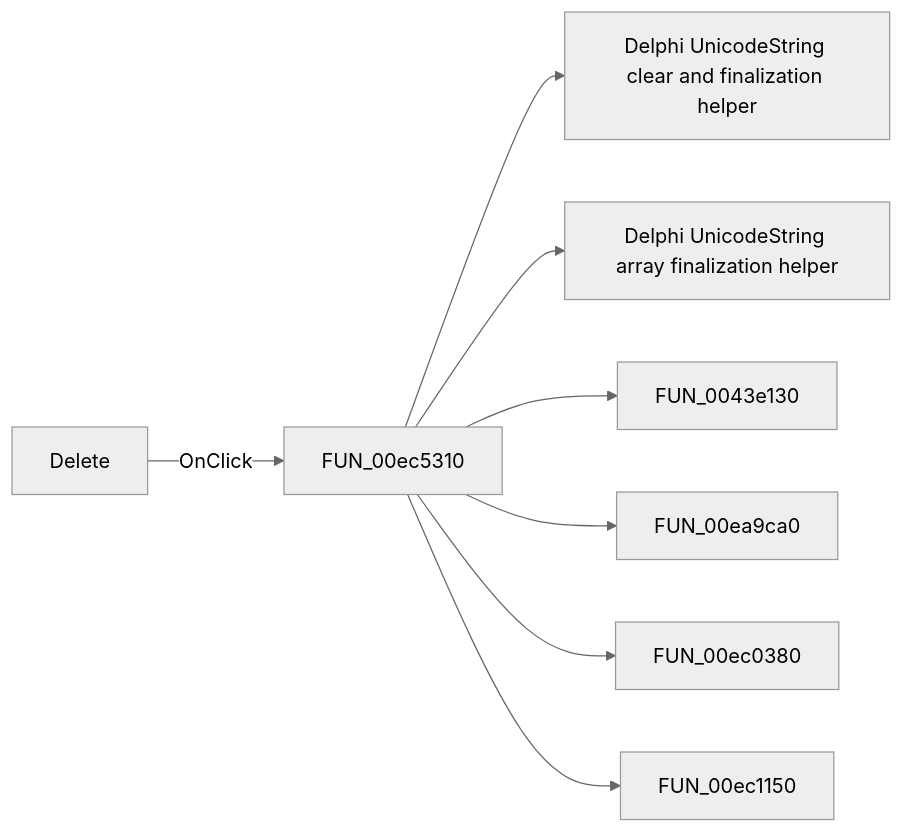
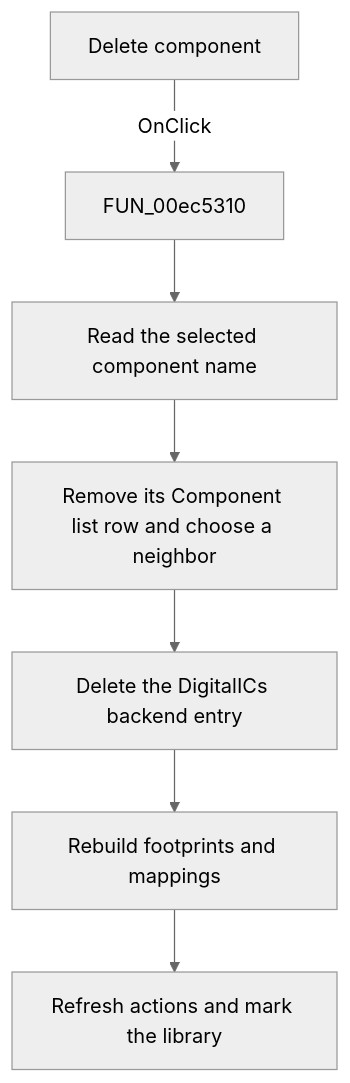
Before and after one commit to MovGP0/TIARA: the diagram in docs/ui-controls/pcbform4/btndeletecomponent-ecb276de3f.md, drawn with Mermaid (neutral theme). The commit also changed other lines of this file and 1062 other files, not shown here.

````diff
--- a/docs/ui-controls/pcbform4/btndeletecomponent-ecb276de3f.md
+++ b/docs/ui-controls/pcbform4/btndeletecomponent-ecb276de3f.md
@@ -27,10 +29,9 @@
 ```mermaid
-flowchart LR
-    control["Delete"] -->|OnClick| handler["FUN_00ec5310"]
-    handler --> call1["Delphi UnicodeString clear and finalization helper"]
-    handler --> call2["Delphi UnicodeString array finalization helper"]
-    handler --> call3["FUN_0043e130"]
-    handler --> call4["FUN_00ea9ca0"]
-    handler --> call5["FUN_00ec0380"]
-    handler --> call6["FUN_00ec1150"]
+flowchart TD
+    control["Delete component"] -->|OnClick| handler["FUN_00ec5310"]
+    handler --> read["Read the selected component name"]
+    read --> remove["Remove its Component list row and choose a neighbor"]
+    remove --> backend["Delete the DigitalICs backend entry"]
+    backend --> rebuild["Rebuild footprints and mappings"]
+    rebuild --> mark["Refresh actions and mark the library"]
 ```
````
